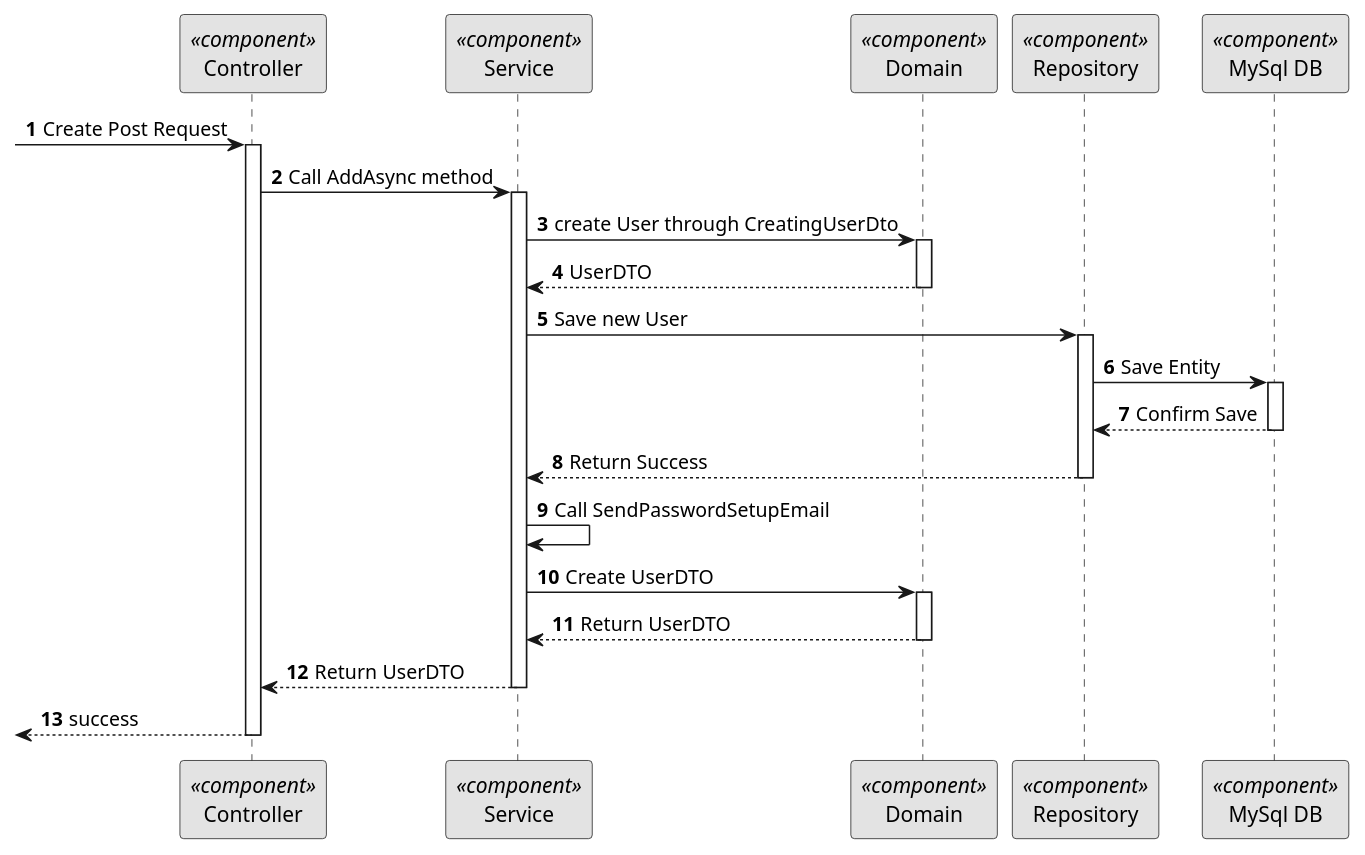
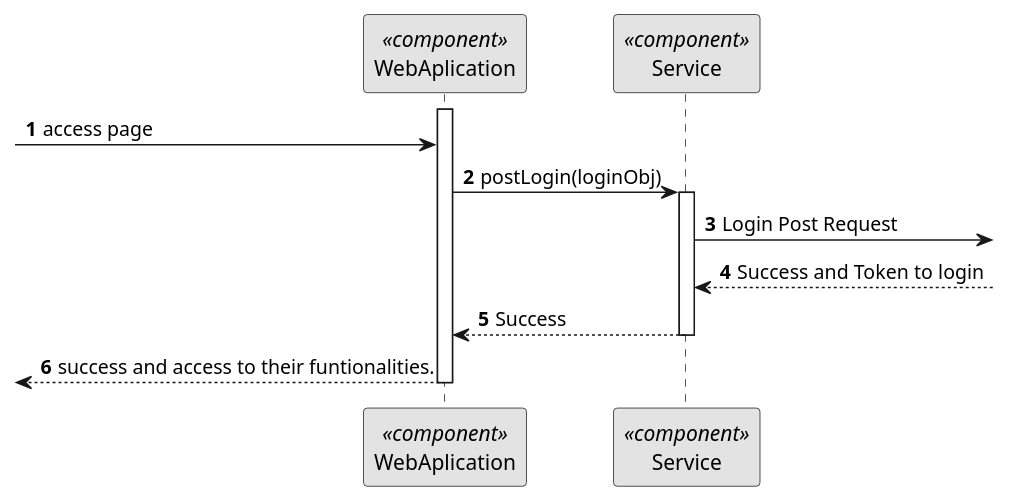
One commit to Ana-Miguel-Silva/SurgicalAppointmentAndResourceManagement changed the diagram in docs/BackofficeModule/6.2.4/sequence-diagram-3.puml. Above: the diagram before and after it, drawn with PlantUML. The commit also changed 38 other files, not shown here.

```diff
--- a/docs/BackofficeModule/6.2.4/sequence-diagram-3.puml
+++ b/docs/BackofficeModule/6.2.4/sequence-diagram-3.puml
@@ -1,58 +1,37 @@
 @startuml 5.1.1
 skinparam monochrome true
 skinparam packageStyle rectangle
 skinparam shadowing false
 
 autonumber
 
-participant "Controller" as CTRL <<component>>
+participant "WebAplication" as FE <<component>>
 participant "Service" as SERV <<component>>
-participant "Domain" as DOM <<component>>
-participant "Repository" as REPO <<component>>
-participant "MySql DB" as BDD <<component>>
+
+
+activate FE
+-> FE: access page
+
+FE -> SERV : postLogin(loginObj)
+
+ activate SERV
+
+  SERV -> : Login Post Request
+
+ SERV <-- : Success and Token to login
 
 
 
- -> CTRL : Create Post Request
-activate CTRL
-CTRL -> SERV: Call AddAsync method
-
-activate SERV
-SERV -> DOM: create User through CreatingUserDto
-
-activate DOM
-DOM --> SERV : UserDTO
-deactivate DOM
-
-SERV -> REPO : Save new User
-activate REPO
-
-REPO -> BDD : Save Entity
-activate BDD
-
-BDD --> REPO : Confirm Save
-deactivate BDD
-
-REPO --> SERV : Return Success
-deactivate REPO
-
-SERV -> SERV : Call SendPasswordSetupEmail
-
-SERV -> DOM : Create UserDTO
-activate DOM
-
-DOM --> SERV : Return UserDTO
-deactivate DOM
-SERV --> CTRL : Return UserDTO
-
+SERV --> FE : Success
 
 deactivate SERV
-<-- CTRL : success
 
-deactivate CTRL
+<--- FE : success and access to their funtionalities.
+
+deactivate FE
 
 
 
 
 
 @enduml
```
